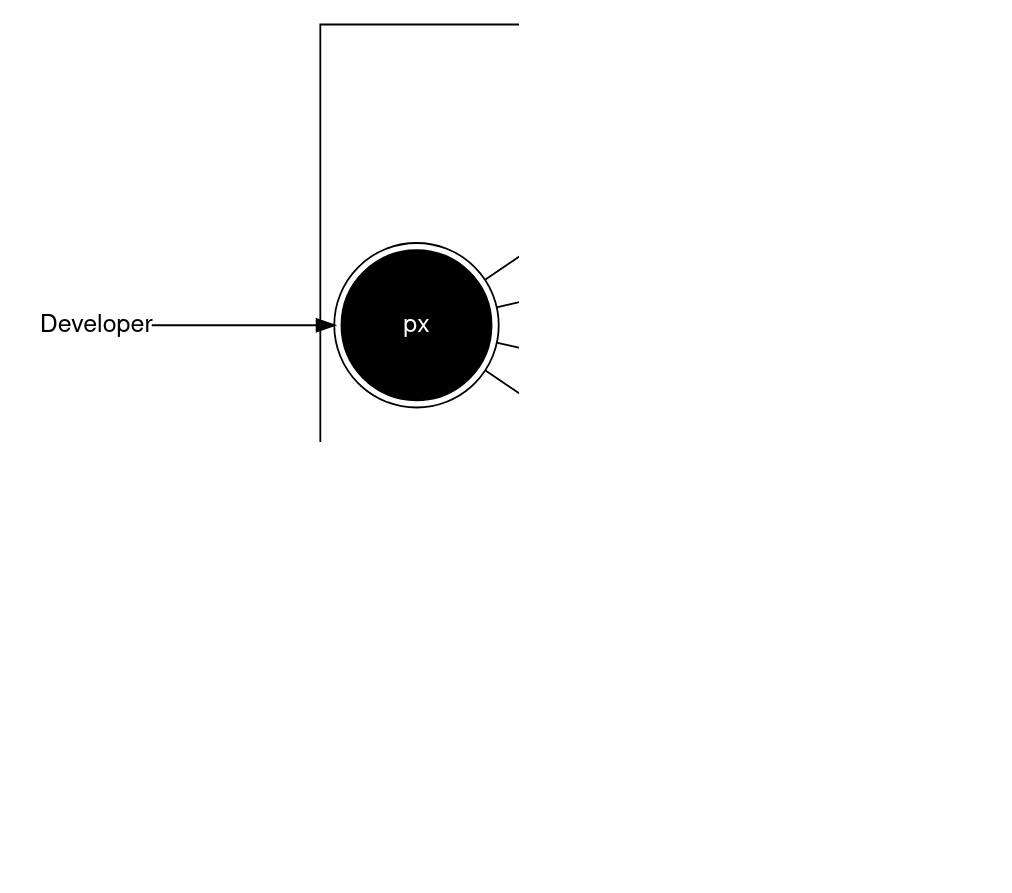
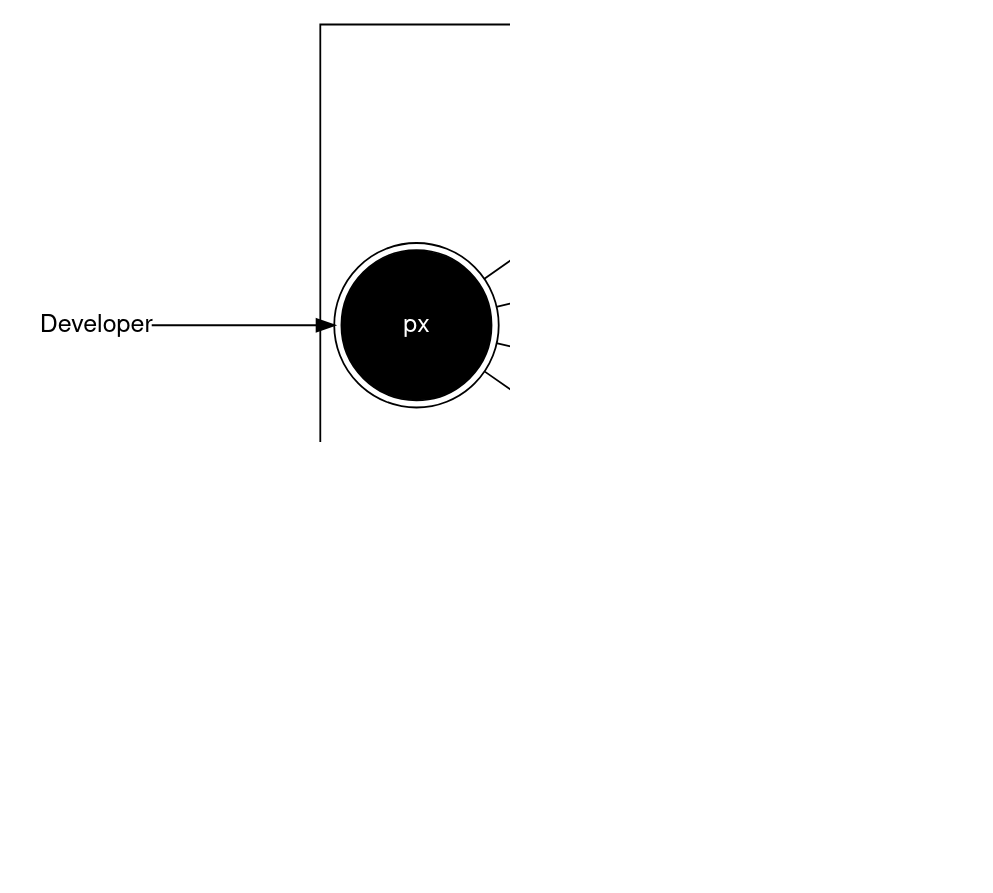
The diagram in doc/pics/kontextdiagramm.dot (patrickbucher/wipro), drawn with Graphviz before and after one commit. The commit also changed 6 other files, not shown here.

Commit message:
Dokumentation: "Delivery API" in "Agent API" umbenannt (korrekte Bezeichnung)

```diff
--- a/doc/pics/kontextdiagramm.dot
+++ b/doc/pics/kontextdiagramm.dot
@@ -1,47 +1,47 @@
 digraph kontextdiagramm {
 
 	rankdir="LR";
 	dpi="150";
 
 	graph [fontname="Nimbus Sans", nodesep="0.6"];
 	node [fontname="Nimbus Sans"];
 	edge [fontname="Nimbus Sans"];
 
 	subgraph cluster_systemkontext {
 		fontname="Nimbus Sans";
 		label="Systemkontext";
 
 		"IDP" [shape="ellipse"];
 		"IDP API" [shape="box"];
 
 		"Backend" [shape="ellipse"];
 		"User API" [shape="box"];
-		"Delivery API" [shape="box"];
+		"Agent API" [shape="box"];
 		"Admin API" [shape="box"];
 
 		"px" [shape="doublecircle",style="filled",fillcolor="black",fontcolor="white",margin="0.3"];
 	}
 
 	"Frontend (Portal)" [shape="ellipse"];
 	"Frontend (Backoffice)" [shape="ellipse"];
 
 	"Portal User" [shape="plain"];
 	"Backoffice User" [shape="plain"];
 	"Scanning Center" [shape="plain"];
 	"Developer" [shape="plain"];
 
 	"IDP API" -> "IDP";
 	"Frontend (Portal)" -> "IDP API";
 	"Frontend (Backoffice)" -> "IDP API";
 	"Scanning Center" -> "IDP API";
 
 	"Portal User" -> "Frontend (Portal)" -> "User API" -> "Backend";
 	"Backoffice User" -> "Frontend (Backoffice)" -> "Admin API" -> "Backend";
-	"Scanning Center" -> "Delivery API" -> "Backend";
+	"Scanning Center" -> "Agent API" -> "Backend";
 
 	"Developer" -> "px";
 	"px" -> "IDP API";
 	"px" -> "User API";
 	"px" -> "Admin API";
-	"px" -> "Delivery API";
+	"px" -> "Agent API";
 }
```
